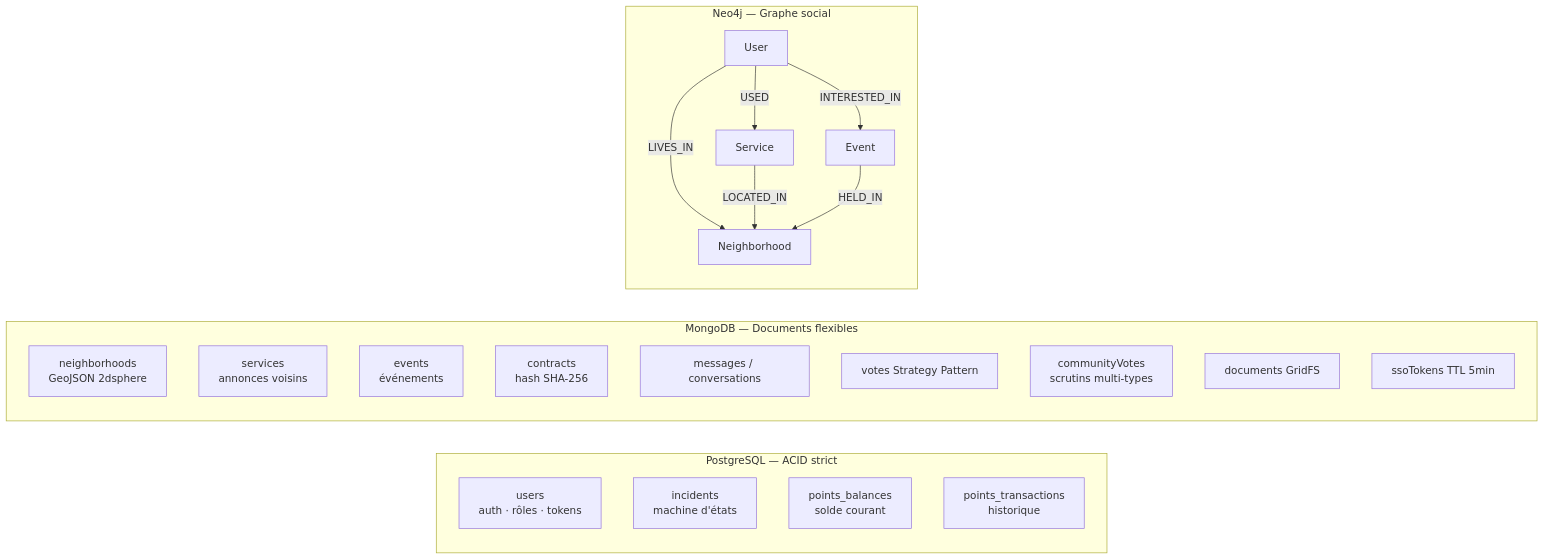
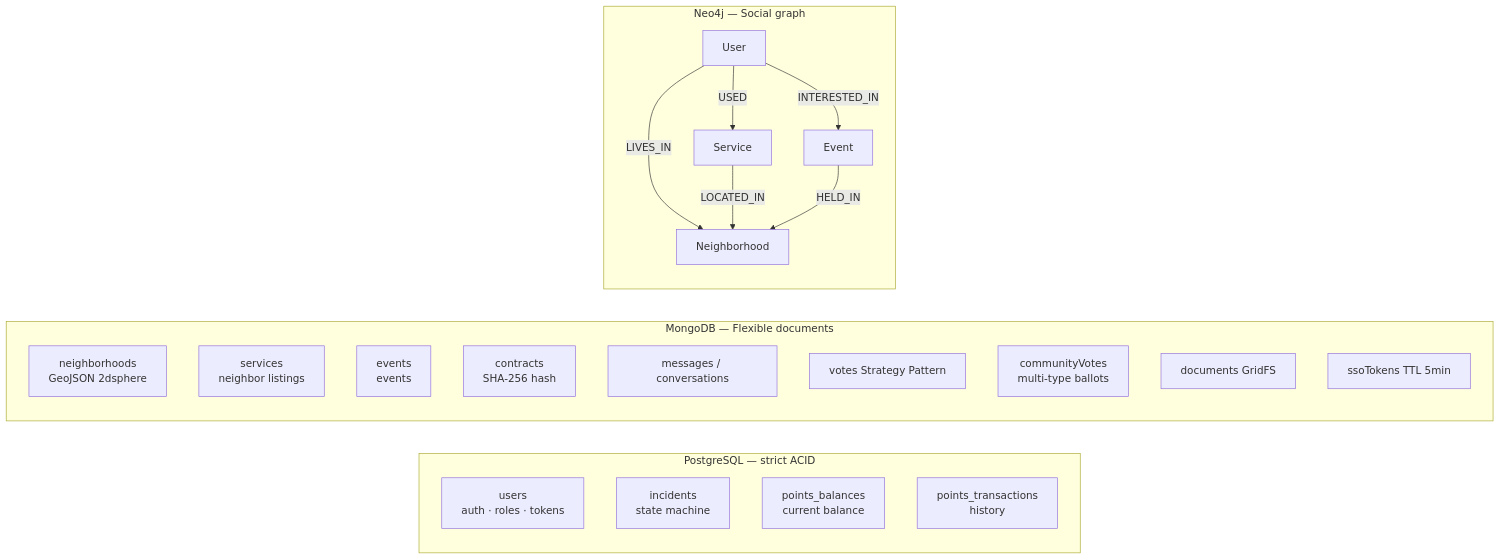
One commit to creibaud/QuartierConnect changed the seventh of 21 diagrams in docs/ARCHITECTURE.md. Above: the diagram before and after it, drawn with Mermaid. The commit also changed other lines of this file and 155 other files, not shown here.

````diff
--- a/docs/ARCHITECTURE.md
+++ b/docs/ARCHITECTURE.md
@@ -272,33 +274,33 @@
 ```mermaid
 graph LR
-    subgraph PG["PostgreSQL — ACID strict"]
-        U[users<br/>auth · rôles · tokens]
-        I[incidents<br/>machine d'états]
-        PB[points_balances<br/>solde courant]
-        PT[points_transactions<br/>historique]
+    subgraph PG["PostgreSQL — strict ACID"]
+        U[users<br/>auth · roles · tokens]
+        I[incidents<br/>state machine]
+        PB[points_balances<br/>current balance]
+        PT[points_transactions<br/>history]
     end
 
-    subgraph MDB["MongoDB — Documents flexibles"]
+    subgraph MDB["MongoDB — Flexible documents"]
         N[neighborhoods<br/>GeoJSON 2dsphere]
-        S[services<br/>annonces voisins]
-        E[events<br/>événements]
-        C[contracts<br/>hash SHA-256]
+        S[services<br/>neighbor listings]
+        E[events<br/>events]
+        C[contracts<br/>SHA-256 hash]
         M[messages / conversations]
         V[votes Strategy Pattern]
-        CV[communityVotes<br/>scrutins multi-types]
+        CV[communityVotes<br/>multi-type ballots]
         D[documents GridFS]
         SSO[ssoTokens TTL 5min]
     end
 
-    subgraph N4J["Neo4j — Graphe social"]
+    subgraph N4J["Neo4j — Social graph"]
         NU[User]
         NN[Neighborhood]
         NS[Service]
         NE[Event]
         NU -->|LIVES_IN| NN
         NS -->|LOCATED_IN| NN
         NE -->|HELD_IN| NN
         NU -->|INTERESTED_IN| NE
         NU -->|USED| NS
     end
 ```
````
